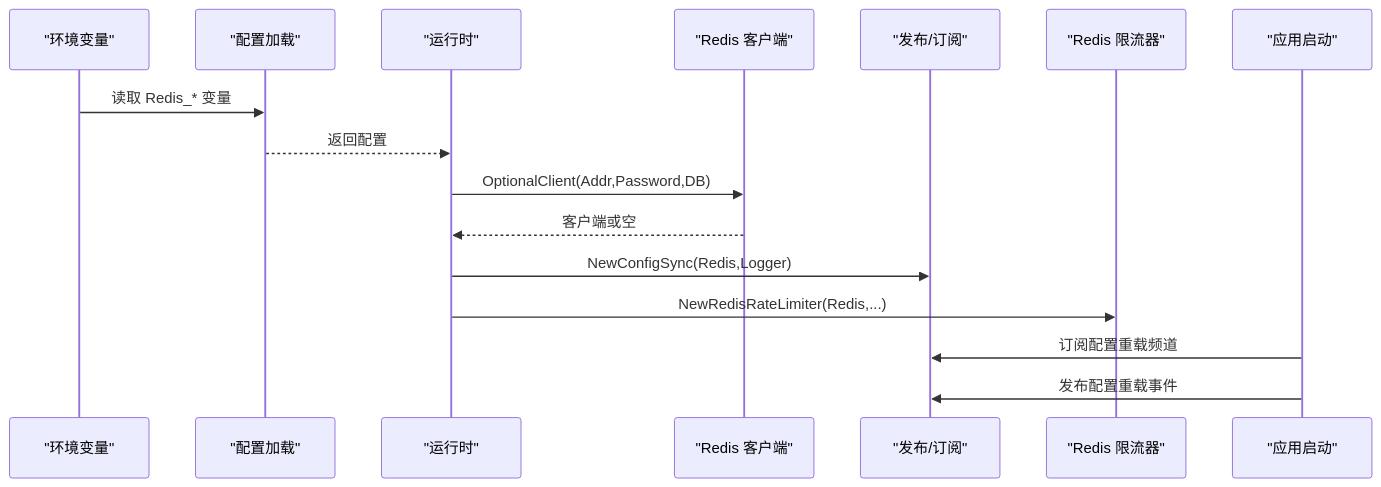
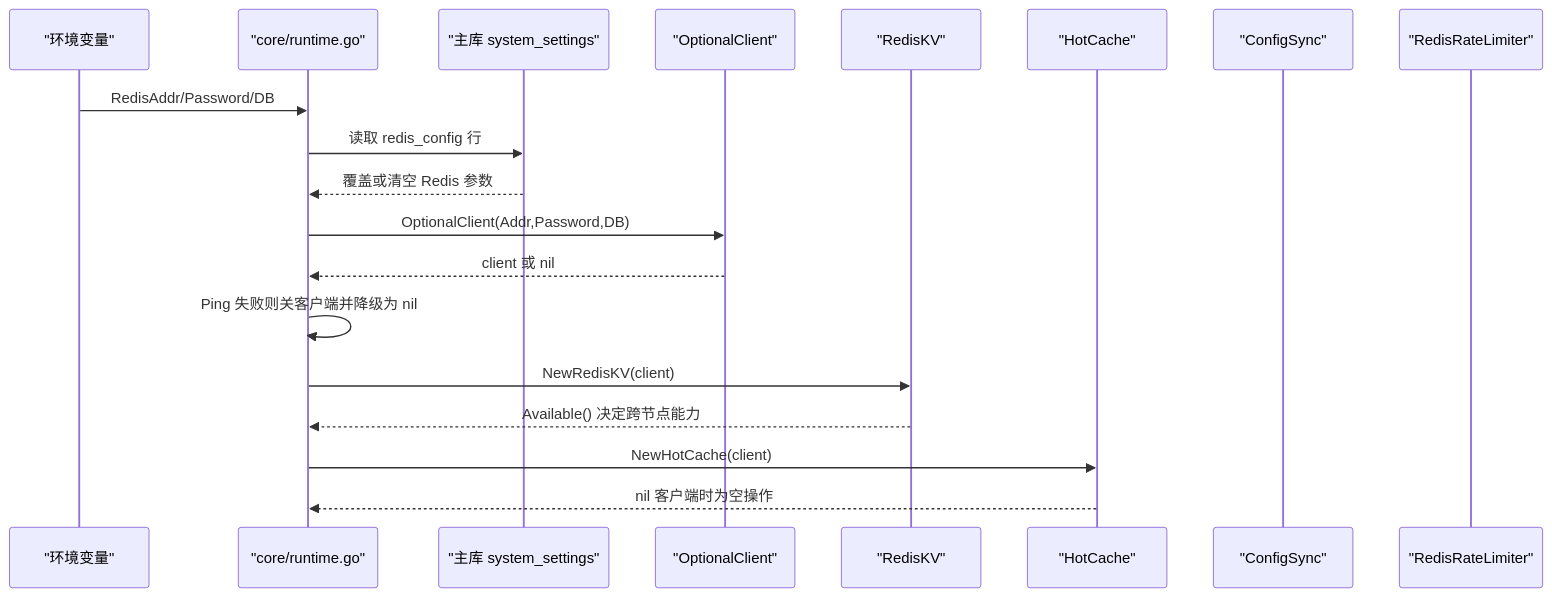
The second of 6 diagrams in docs/数据存储层/Redis 集成.md (x01n/My-OpenWaf), drawn with Mermaid before and after one commit. The commit also changed other lines of this file and 622 other files, not shown here.

````diff
--- a/docs/数据存储层/Redis 集成.md
+++ b/docs/数据存储层/Redis 集成.md
@@ -117,18 +264,21 @@
 ```mermaid
 sequenceDiagram
 participant ENV as "环境变量"
-participant CFG as "配置加载"
-participant RT as "运行时"
-participant RCLI as "Redis 客户端"
-participant PUBSUB as "发布/订阅"
-participant RL as "Redis 限流器"
-participant APP as "应用启动"
-ENV->>CFG : 读取 Redis_* 变量
-CFG-->>RT : 返回配置
-RT->>RCLI : OptionalClient(Addr,Password,DB)
-RCLI-->>RT : 客户端或空
-RT->>PUBSUB : NewConfigSync(Redis,Logger)
-RT->>RL : NewRedisRateLimiter(Redis,...)
-APP->>PUBSUB : 订阅配置重载频道
-APP->>PUBSUB : 发布配置重载事件
+participant RT as "core/runtime.go"
+participant DB as "主库 system_settings"
+participant CLI as "OptionalClient"
+participant KV as "RedisKV"
+participant HOT as "HotCache"
+participant CS as "ConfigSync"
+participant RL as "RedisRateLimiter"
+ENV->>RT : RedisAddr/Password/DB
+RT->>DB : 读取 redis_config 行
+DB-->>RT : 覆盖或清空 Redis 参数
+RT->>CLI : OptionalClient(Addr,Password,DB)
+CLI-->>RT : client 或 nil
+RT->>RT : Ping 失败则关客户端并降级为 nil
+RT->>KV : NewRedisKV(client)
+KV-->>RT : Available() 决定跨节点能力
+RT->>HOT : NewHotCache(client)
+HOT-->>RT : nil 客户端时为空操作
 ```
````
